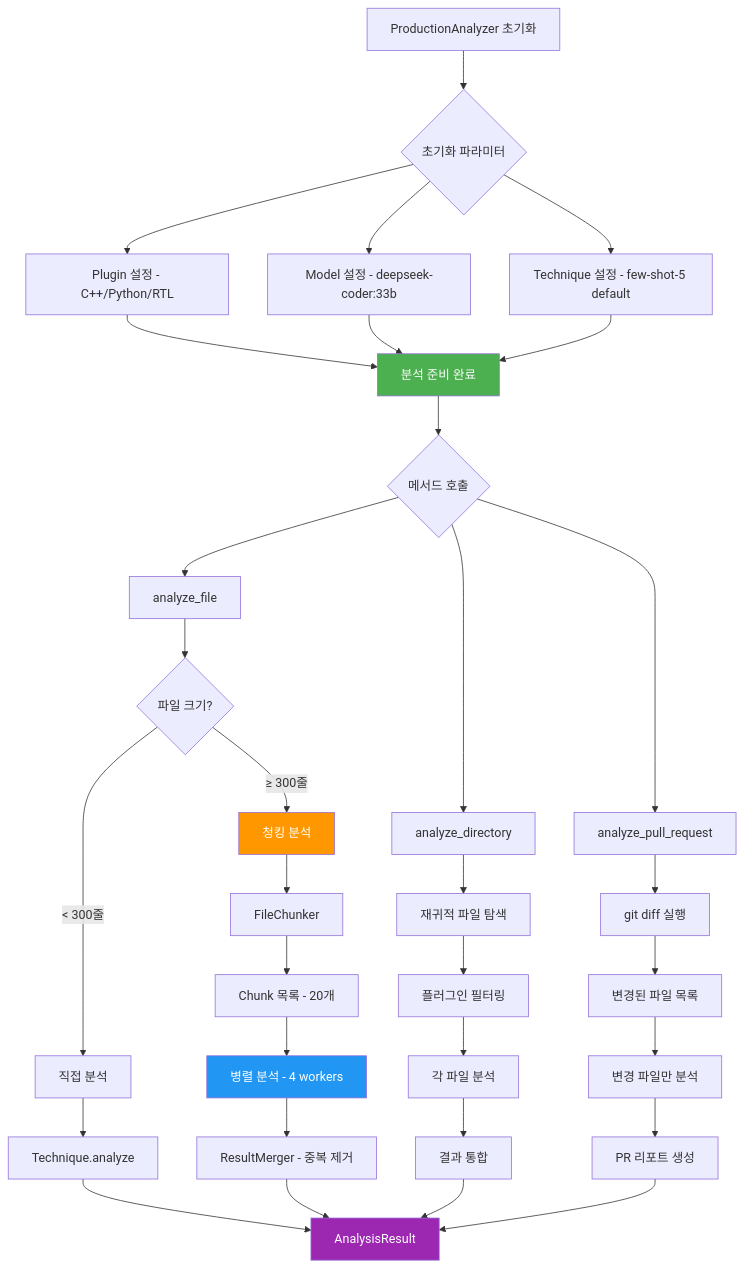
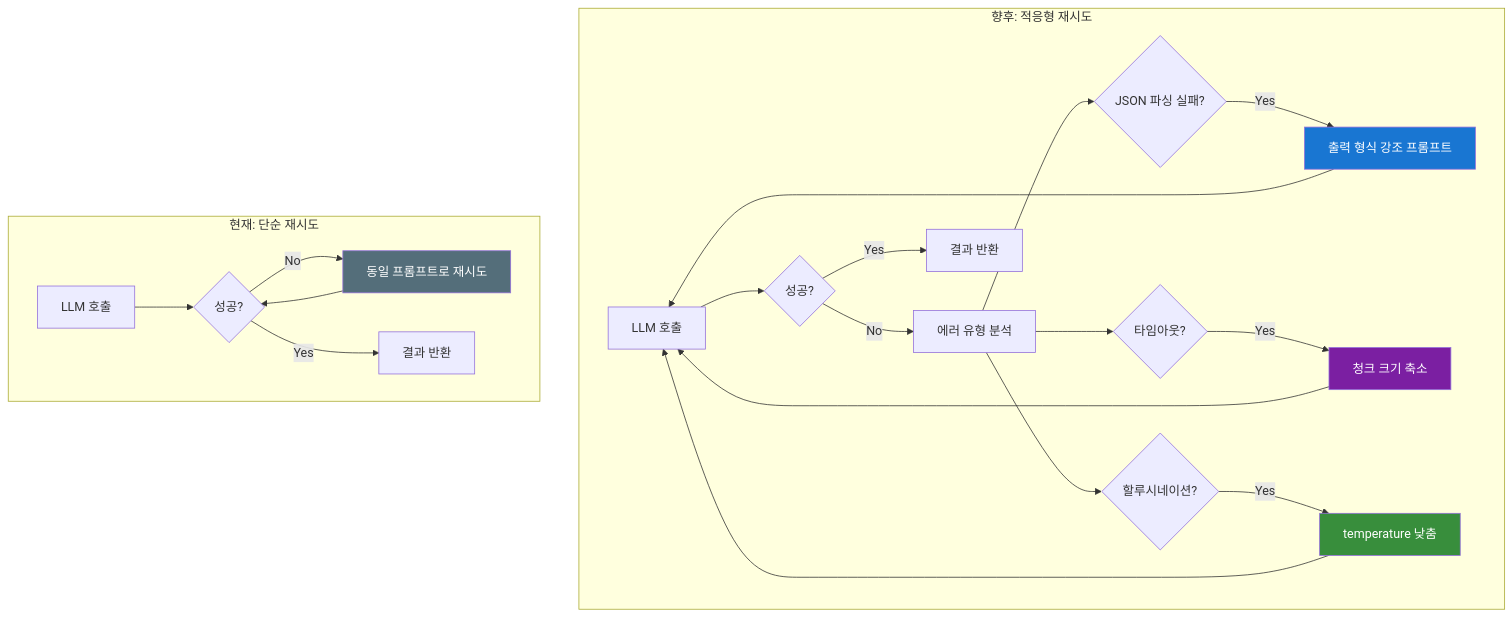
One commit to ApeachM/llm-code-reviewer changed the tenth of 32 diagrams in PRESENTATION.md. Above: the diagram before and after it, drawn with Mermaid. The commit also changed other lines of this file and 1 other file, not shown here.

First line of the commit message:
docs: Expand "CLAUDE.md" with linting and formatting guidelines, architecture updates, and technique details

````diff
--- a/PRESENTATION.md
+++ b/PRESENTATION.md
@@ -767,49 +520,30 @@
 ```mermaid
-graph TD
-    Start[ProductionAnalyzer 초기화] --> Init{초기화 파라미터}
+graph TB
 
-    Init --> InitPlugin[Plugin 설정 - C++/Python/RTL]
-    Init --> InitModel[Model 설정 - deepseek-coder:33b]
-    Init --> InitTech[Technique 설정 - few-shot-5 default]
+    subgraph "향후: 적응형 재시도"
+        F1[LLM 호출] --> F2{성공?}
+        F2 -->|No| F3[에러 유형 분석]
+        F3 --> F4{JSON 파싱 실패?}
+        F4 -->|Yes| F5[출력 형식 강조 프롬프트]
+        F3 --> F6{타임아웃?}
+        F6 -->|Yes| F7[청크 크기 축소]
+        F3 --> F8{할루시네이션?}
+        F8 -->|Yes| F9[temperature 낮춤]
+        F5 --> F1
+        F7 --> F1
+        F9 --> F1
+        F2 -->|Yes| F10[결과 반환]
+    end
+    subgraph "현재: 단순 재시도"
+        C1[LLM 호출] --> C2{성공?}
+        C2 -->|No| C3[동일 프롬프트로 재시도]
+        C3 --> C2
+        C2 -->|Yes| C4[결과 반환]
+    end
 
-    InitPlugin --> Ready[분석 준비 완료]
-    InitModel --> Ready
-    InitTech --> Ready
 
-    Ready --> Method{메서드 호출}
-
-    Method --> FileMethod[analyze_file]
-    Method --> DirMethod[analyze_directory]
-    Method --> PRMethod[analyze_pull_request]
-
-    FileMethod --> FileFlow{파일 크기?}
-    FileFlow -->|< 300줄| Direct[직접 분석]
-    FileFlow -->|≥ 300줄| Chunked[청킹 분석]
-
-    Direct --> TechAnalyze[Technique.analyze]
-    Chunked --> ChunkerFlow[FileChunker]
-
-    ChunkerFlow --> ChunkList[Chunk 목록 - 20개]
-    ChunkList --> ParallelAnalyze[병렬 분석 - 4 workers]
-    ParallelAnalyze --> MergeResults[ResultMerger - 중복 제거]
-
-    TechAnalyze --> FinalResult[AnalysisResult]
-    MergeResults --> FinalResult
-
-    DirMethod --> RecursiveFiles[재귀적 파일 탐색]
-    RecursiveFiles --> FilterFiles[플러그인 필터링]
-    FilterFiles --> MultipleFiles[각 파일 분석]
-    MultipleFiles --> CombineResults[결과 통합]
-    CombineResults --> FinalResult
-
-    PRMethod --> GitDiff[git diff 실행]
-    GitDiff --> ChangedFiles[변경된 파일 목록]
-    ChangedFiles --> AnalyzeChanged[변경 파일만 분석]
-    AnalyzeChanged --> PRReport[PR 리포트 생성]
-    PRReport --> FinalResult
-
-    style Ready fill:#4caf50,color:#fff
-    style Chunked fill:#ff9800,color:#fff
-    style ParallelAnalyze fill:#2196f3,color:#fff
-    style FinalResult fill:#9c27b0,color:#fff
+    style C3 fill:#546e7a,color:#fff
+    style F5 fill:#1976d2,color:#fff
+    style F7 fill:#7b1fa2,color:#fff
+    style F9 fill:#388e3c,color:#fff
 ```
````
